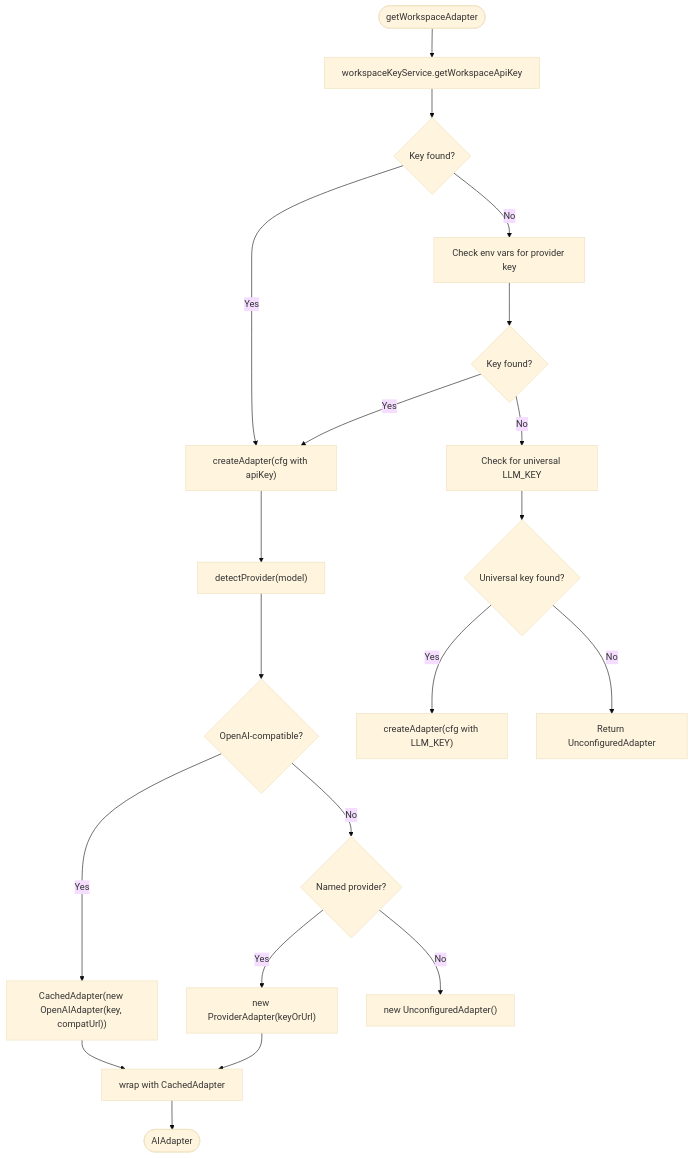
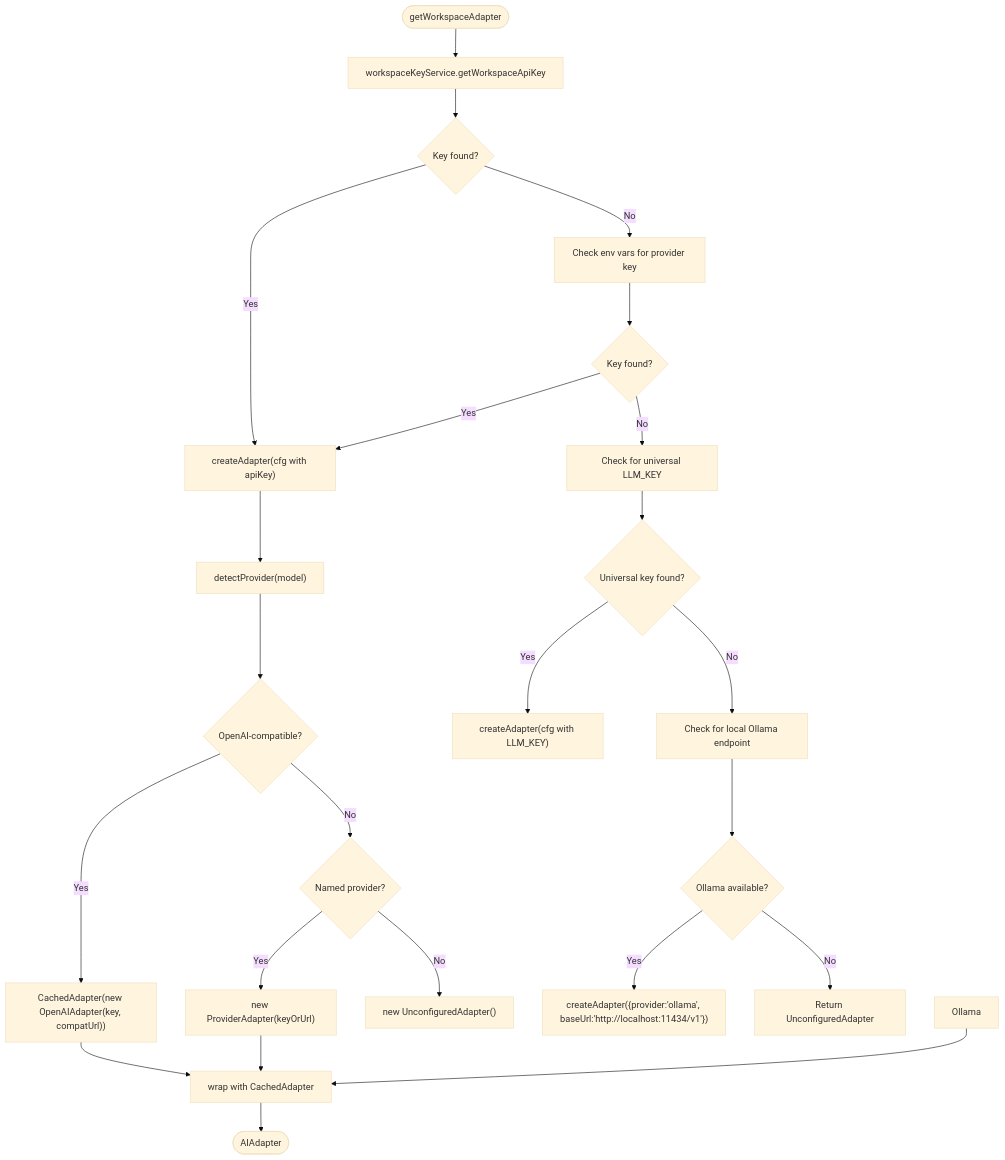
One commit to shekhargiri005-dotcom/AI-powered-accessibility-first-UI-engine changed the fourth of 11 diagrams in .qoder/repowiki/en/content/Architecture & Design/Layered Architecture/Business Logic Layer/AI Provider Adapter System.md. Above: the diagram before and after it, drawn with Mermaid (base theme). The commit also changed other lines of this file and 10 other files, not shown here.

````diff
--- a/.qoder/repowiki/en/content/Architecture & Design/Layered Architecture/Business Logic Layer/AI Provider Adapter System.md
+++ b/.qoder/repowiki/en/content/Architecture & Design/Layered Architecture/Business Logic Layer/AI Provider Adapter System.md
@@ -227,22 +236,26 @@
 ```mermaid
 flowchart TD
 Start(["getWorkspaceAdapter"]) --> DB["workspaceKeyService.getWorkspaceApiKey"]
 DB --> Found{"Key found?"}
 Found -- Yes --> Create["createAdapter(cfg with apiKey)"]
 Found -- No --> Env["Check env vars for provider key"]
 Env --> HasKey{"Key found?"}
 HasKey -- Yes --> Create
 HasKey -- No --> Universal["Check for universal LLM_KEY"]
 Universal --> UniFound{"Universal key found?"}
 UniFound -- Yes --> CreateUni["createAdapter(cfg with LLM_KEY)"]
-UniFound -- No --> Fallback["Return UnconfiguredAdapter"]
+UniFound -- No --> OllamaCheck["Check for local Ollama endpoint"]
+OllamaCheck --> OllamaFound{"Ollama available?"}
+OllamaFound -- Yes --> CreateOllama["createAdapter({provider:'ollama', baseUrl:'http://localhost:11434/v1'})"]
+OllamaFound -- No --> Fallback["Return UnconfiguredAdapter"]
 Create --> Detect["detectProvider(model)"]
 Detect --> Compat{"OpenAI-compatible?"}
 Compat -- Yes --> OpenAI["CachedAdapter(new OpenAIAdapter(key, compatUrl))"]
 Compat -- No --> Named{"Named provider?"}
 Named -- Yes --> NewAdapter["new ProviderAdapter(keyOrUrl)"]
 Named -- No --> Unconfigured["new UnconfiguredAdapter()"]
 OpenAI --> CacheWrap["wrap with CachedAdapter"]
 NewAdapter --> CacheWrap
+Ollama --> CacheWrap
 CacheWrap --> End(["AIAdapter"])
 ```
````
